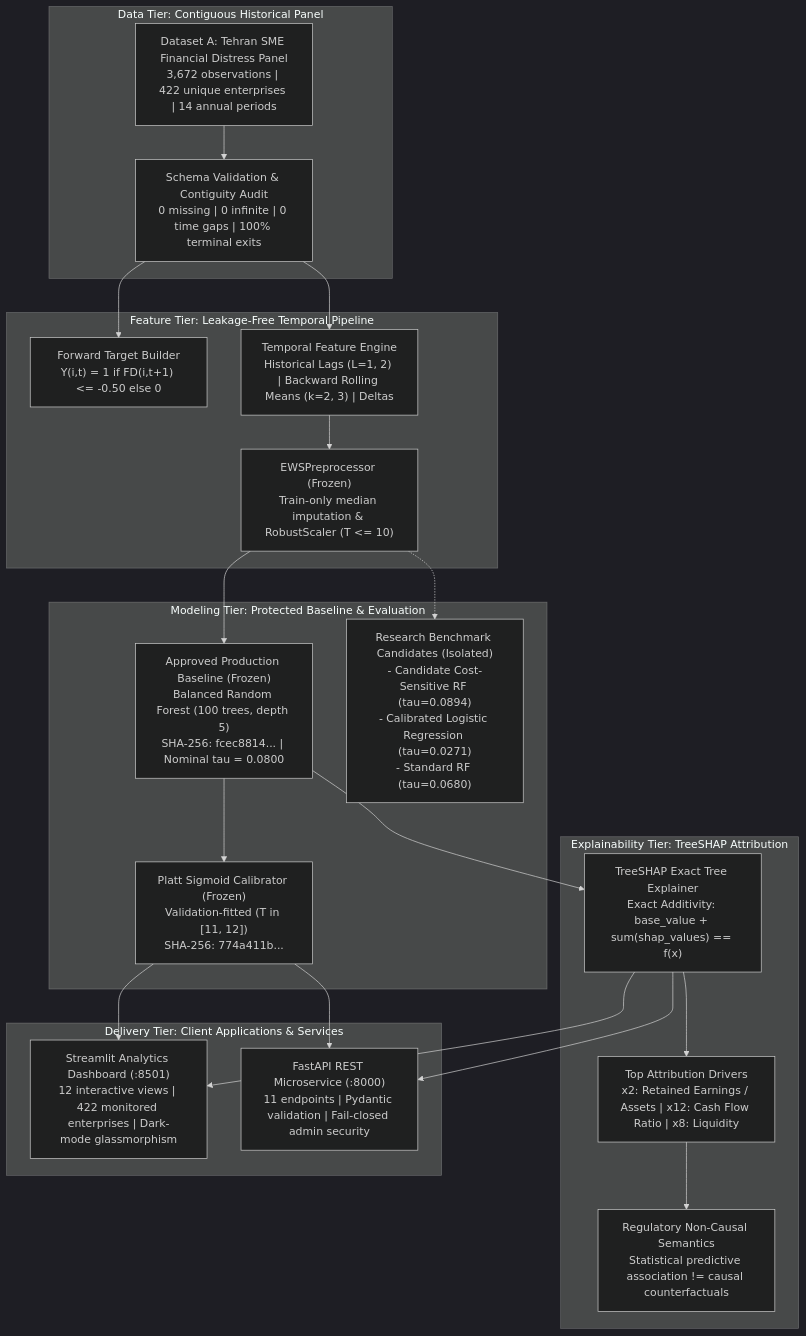
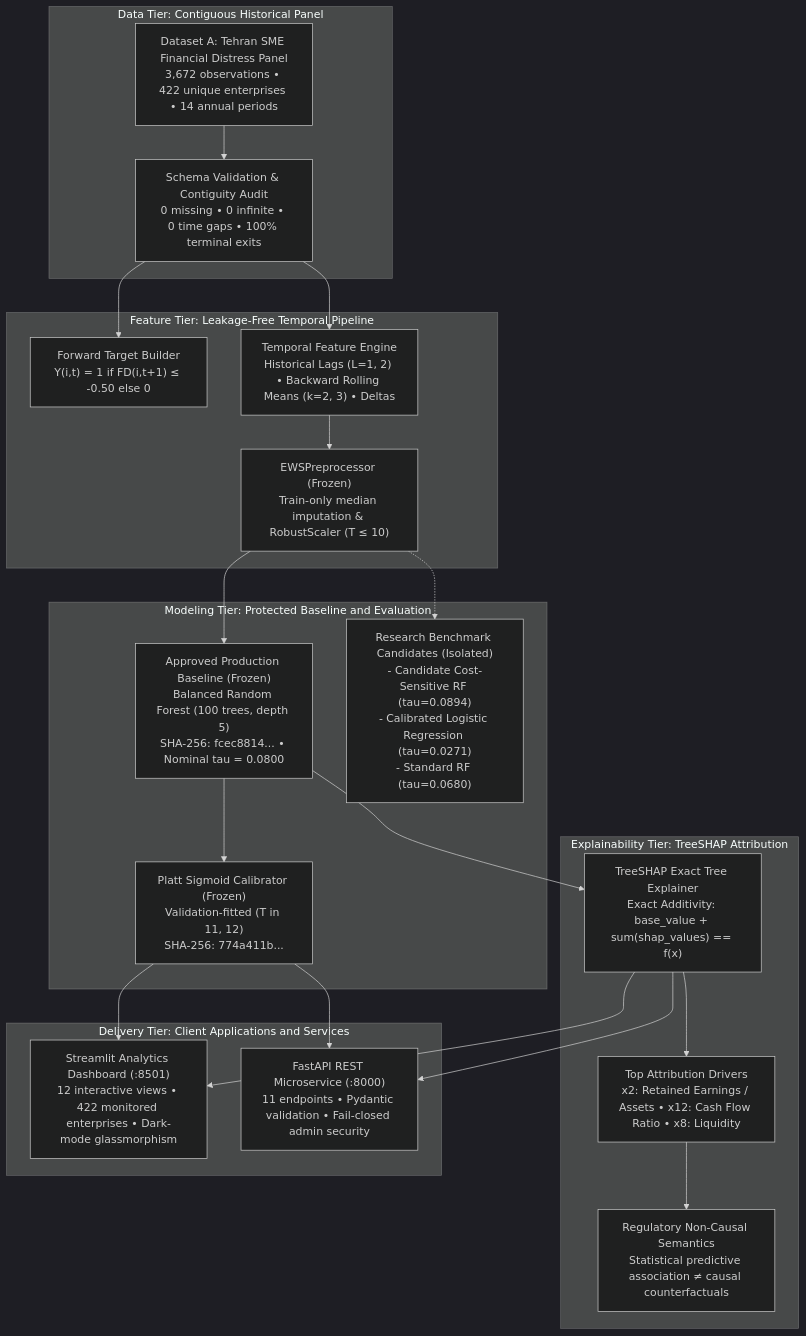
One commit to PrajwalGN1/-Explainable-Multi-Source-Financial-Distress-Early-Warning-Risk-Intelligence-System changed the first of 5 diagrams in docs/ARCHITECTURE.md. Above: the diagram before and after it, drawn with Mermaid (dark theme). The commit also changed other lines of this file and 2 other files, not shown here.

Commit message:
docs: sanitize Mermaid diagrams for 100% GitHub Markdown compatibility

````diff
--- a/docs/ARCHITECTURE.md
+++ b/docs/ARCHITECTURE.md
@@ -14,44 +14,44 @@
 ```mermaid
 flowchart TD
-    subgraph Data Tier [Data Tier: Contiguous Historical Panel]
-        D_RAW["Dataset A: Tehran SME Financial Distress Panel<br/>3,672 observations | 422 unique enterprises | 14 annual periods"]
-        D_SCHEMA["Schema Validation & Contiguity Audit<br/>0 missing | 0 infinite | 0 time gaps | 100% terminal exits"]
+    subgraph Data_Tier ["Data Tier: Contiguous Historical Panel"]
+        D_RAW["Dataset A: Tehran SME Financial Distress Panel<br/>3,672 observations • 422 unique enterprises • 14 annual periods"]
+        D_SCHEMA["Schema Validation & Contiguity Audit<br/>0 missing • 0 infinite • 0 time gaps • 100% terminal exits"]
         D_RAW --> D_SCHEMA
     end
 
-    subgraph Feature Tier [Feature Tier: Leakage-Free Temporal Pipeline]
-        T_TARGET["Forward Target Builder<br/>Y(i,t) = 1 if FD(i,t+1) <= -0.50 else 0"]
-        T_ENGINE["Temporal Feature Engine<br/>Historical Lags (L=1, 2) | Backward Rolling Means (k=2, 3) | Deltas"]
-        T_PREP["EWSPreprocessor (Frozen)<br/>Train-only median imputation & RobustScaler (T <= 10)"]
+    subgraph Feature_Tier ["Feature Tier: Leakage-Free Temporal Pipeline"]
+        T_TARGET["Forward Target Builder<br/>Y(i,t) = 1 if FD(i,t+1) &le; -0.50 else 0"]
+        T_ENGINE["Temporal Feature Engine<br/>Historical Lags (L=1, 2) • Backward Rolling Means (k=2, 3) • Deltas"]
+        T_PREP["EWSPreprocessor (Frozen)<br/>Train-only median imputation & RobustScaler (T &le; 10)"]
         D_SCHEMA --> T_TARGET
         D_SCHEMA --> T_ENGINE
         T_ENGINE --> T_PREP
     end
 
-    subgraph Modeling Tier [Modeling Tier: Protected Baseline & Evaluation]
-        M_PROD["Approved Production Baseline (Frozen)<br/>Balanced Random Forest (100 trees, depth 5)<br/>SHA-256: fcec8814... | Nominal tau = 0.0800"]
-        M_CALIB["Platt Sigmoid Calibrator (Frozen)<br/>Validation-fitted (T in [11, 12])<br/>SHA-256: 774a411b..."]
+    subgraph Modeling_Tier ["Modeling Tier: Protected Baseline and Evaluation"]
+        M_PROD["Approved Production Baseline (Frozen)<br/>Balanced Random Forest (100 trees, depth 5)<br/>SHA-256: fcec8814... • Nominal tau = 0.0800"]
+        M_CALIB["Platt Sigmoid Calibrator (Frozen)<br/>Validation-fitted (T in 11, 12)<br/>SHA-256: 774a411b..."]
         M_RESEARCH["Research Benchmark Candidates (Isolated)<br/>- Candidate Cost-Sensitive RF (tau=0.0894)<br/>- Calibrated Logistic Regression (tau=0.0271)<br/>- Standard RF (tau=0.0680)"]
         T_PREP --> M_PROD
         M_PROD --> M_CALIB
         T_PREP -.-> M_RESEARCH
     end
 
-    subgraph Explainability Tier [Explainability Tier: TreeSHAP Attribution]
+    subgraph Explainability_Tier ["Explainability Tier: TreeSHAP Attribution"]
         SHAP_TREE["TreeSHAP Exact Tree Explainer<br/>Exact Additivity: base_value + sum(shap_values) == f(x)"]
-        SHAP_DRIVERS["Top Attribution Drivers<br/>x2: Retained Earnings / Assets | x12: Cash Flow Ratio | x8: Liquidity"]
-        SHAP_GOV["Regulatory Non-Causal Semantics<br/>Statistical predictive association != causal counterfactuals"]
+        SHAP_DRIVERS["Top Attribution Drivers<br/>x2: Retained Earnings / Assets • x12: Cash Flow Ratio • x8: Liquidity"]
+        SHAP_GOV["Regulatory Non-Causal Semantics<br/>Statistical predictive association &ne; causal counterfactuals"]
         M_PROD --> SHAP_TREE
         SHAP_TREE --> SHAP_DRIVERS
         SHAP_DRIVERS --> SHAP_GOV
     end
 
-    subgraph Delivery Tier [Delivery Tier: Client Applications & Services]
-        UI_STREAMLIT["Streamlit Analytics Dashboard (:8501)<br/>12 interactive views | 422 monitored enterprises | Dark-mode glassmorphism"]
-        API_FASTAPI["FastAPI REST Microservice (:8000)<br/>11 endpoints | Pydantic validation | Fail-closed admin security"]
+    subgraph Delivery_Tier ["Delivery Tier: Client Applications and Services"]
+        UI_STREAMLIT["Streamlit Analytics Dashboard (:8501)<br/>12 interactive views • 422 monitored enterprises • Dark-mode glassmorphism"]
+        API_FASTAPI["FastAPI REST Microservice (:8000)<br/>11 endpoints • Pydantic validation • Fail-closed admin security"]
         M_CALIB --> UI_STREAMLIT
         M_CALIB --> API_FASTAPI
         SHAP_TREE --> UI_STREAMLIT
         SHAP_TREE --> API_FASTAPI
     end
 ```
````
